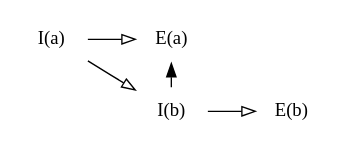
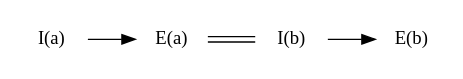
The third of 6 diagrams in src/refining-rust-type-system.md (zetanumbers/book), drawn with Graphviz before and after one commit. The commit also changed other lines of this file and 2 other files, not shown here.

````diff
--- a/src/refining-rust-type-system.md
+++ b/src/refining-rust-type-system.md
@@ -84,17 +88,13 @@
 ```dot process
 digraph G {
   rankdir="LR";
   node [shape="none",fontname="MathJax_Math"];
-  edge [arrowhead=empty]
   ia [label="I(a)"];
   ea [label="E(a)"];
-  _1 [style=invis];
   ib [label="I(b)"];
   eb [label="E(b)"];
   ia -> ea;
-  ia -> ib [constraint=false];
-  _1 -> ib [style=invis];
+  ea -> ib [color="foreground:invis:foreground",dir=none];
   ib -> eb;
-  ib -> ea [constraint=false,arrowhead=normal];
 }
 ```
````
